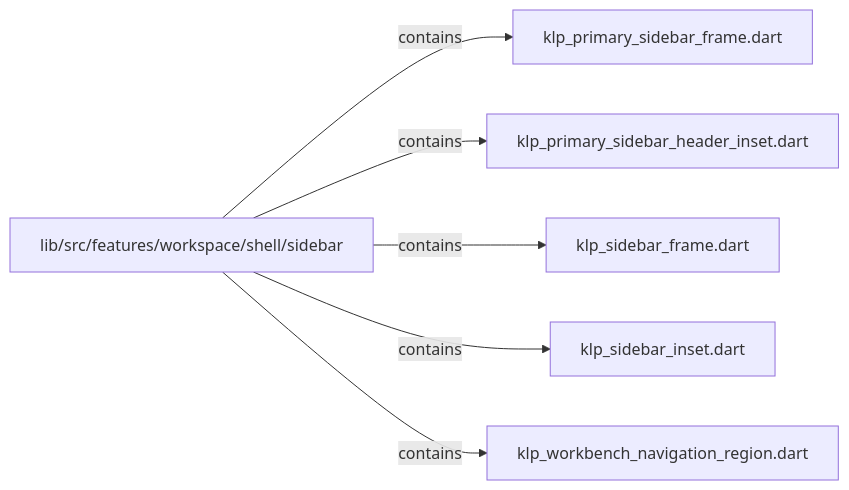
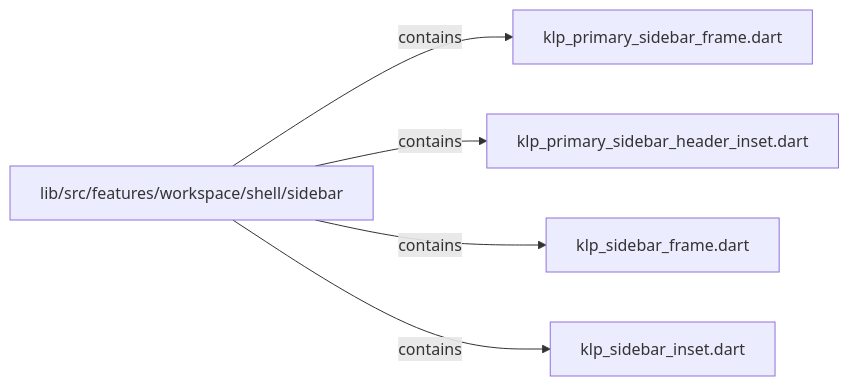
One commit to MiuDog/Kallopis changed the second of 2 diagrams in docs/architecture/src/features/workspace/shell/sidebar/README.md. Above: the diagram before and after it, drawn with Mermaid. The commit also changed other lines of this file and 9688 other files, not shown here.

Commit message:
Prepare isolated Flow F2 peer baseline

````diff
--- a/docs/architecture/src/features/workspace/shell/sidebar/README.md
+++ b/docs/architecture/src/features/workspace/shell/sidebar/README.md
@@ -51,14 +51,12 @@
 ```mermaid
 flowchart LR
 	n0["lib/src/features/workspace/shell/sidebar"]
 	n1["klp_primary_sidebar_frame.dart"]
 	n2["klp_primary_sidebar_header_inset.dart"]
 	n3["klp_sidebar_frame.dart"]
 	n4["klp_sidebar_inset.dart"]
-	n5["klp_workbench_navigation_region.dart"]
 	n0 -->|"contains"| n1
 	n0 -->|"contains"| n2
 	n0 -->|"contains"| n3
 	n0 -->|"contains"| n4
-	n0 -->|"contains"| n5
 ```
````
